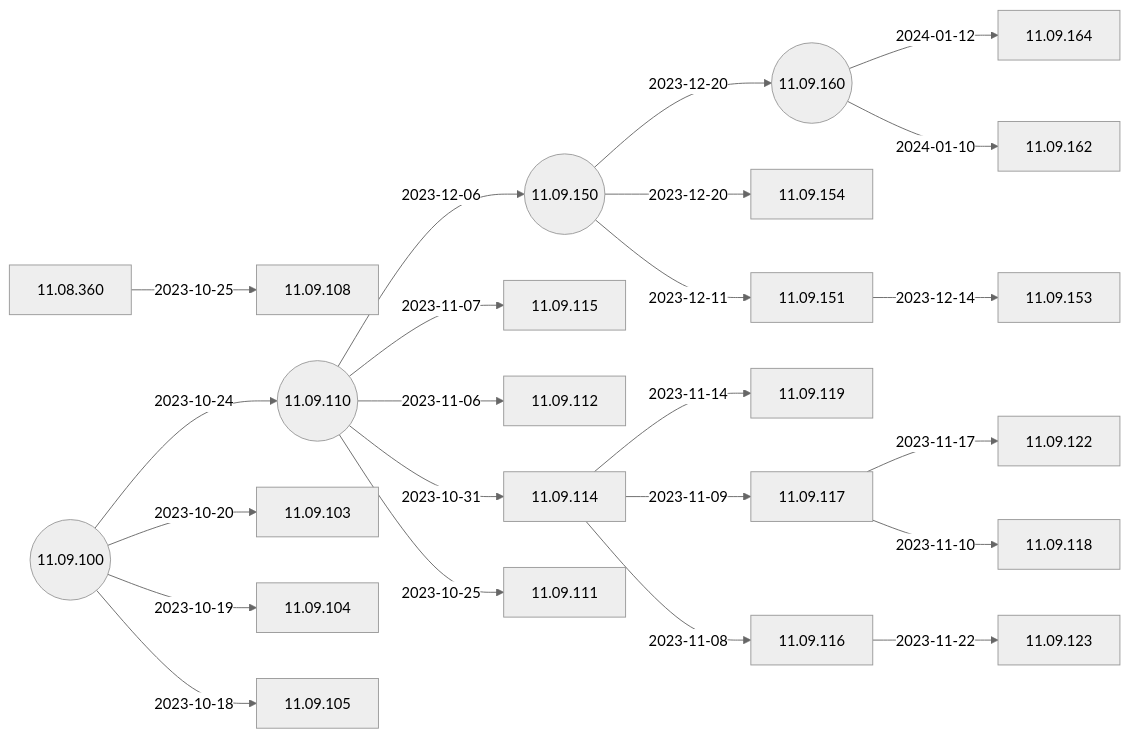
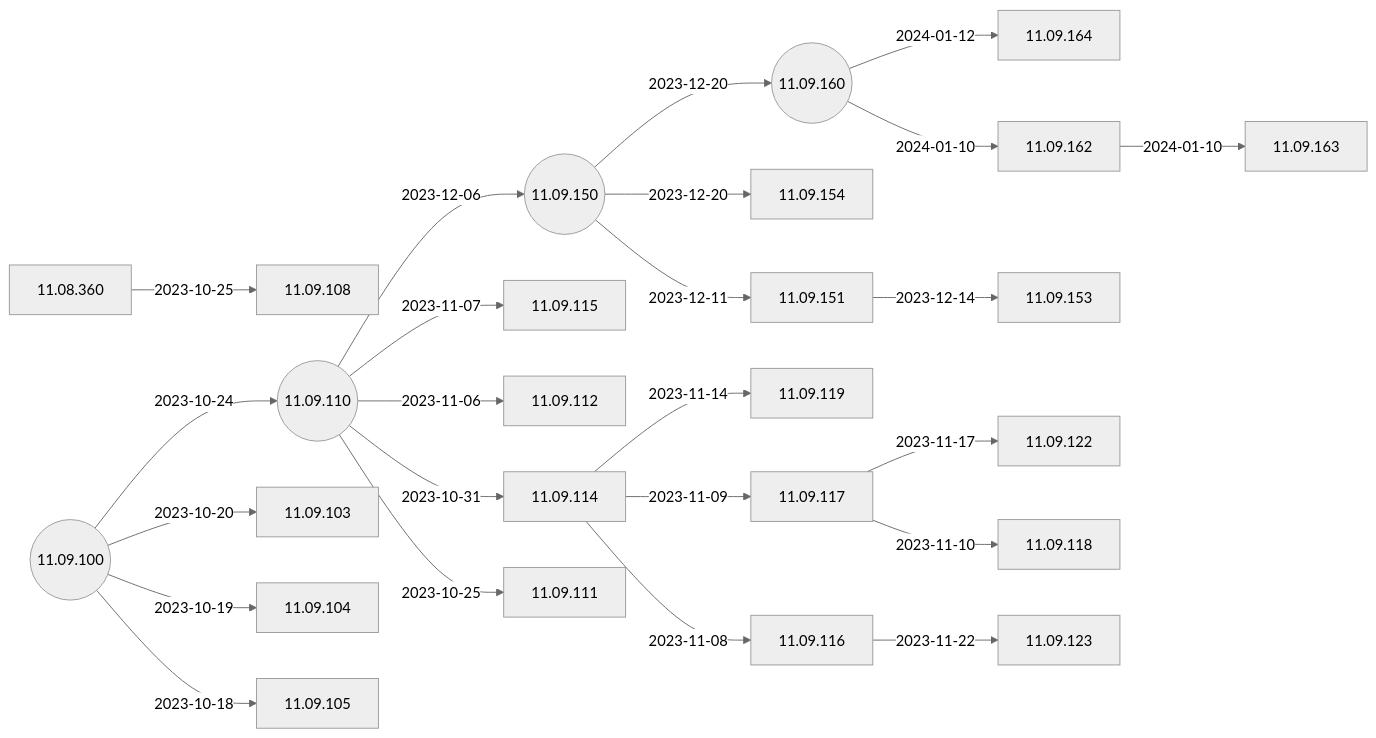
Before and after one commit to IGEL-Community/IGEL-Docs-v02: the second of 5 diagrams in docs/Docs/ReleaseNotes/01-OS11/README.md, drawn with Mermaid (neutral theme). The commit also changed 2 other files, not shown here.

Commit message:
11.09.163 < 11.09.162

````diff
--- a/docs/Docs/ReleaseNotes/01-OS11/README.md
+++ b/docs/Docs/ReleaseNotes/01-OS11/README.md
@@ -41,49 +41,51 @@
 ```mermaid
 flowchart LR
+    11.09.162-- 2024-01-10 -->11.09.163
     11.09.160-- 2024-01-12 -->11.09.164
     11.09.160-- 2024-01-10 -->11.09.162
     11.09.150-- 2023-12-20 -->11.09.160((11.09.160))
     11.09.150-- 2023-12-20 -->11.09.154
     11.09.151-- 2023-12-14 -->11.09.153
     11.09.150-- 2023-12-11 -->11.09.151
     11.09.110-- 2023-12-06 -->11.09.150((11.09.150))
     11.09.116-- 2023-11-22 -->11.09.123
     11.09.117-- 2023-11-17 -->11.09.122
     11.09.114-- 2023-11-14 -->11.09.119
     11.09.117-- 2023-11-10 -->11.09.118
     11.09.114-- 2023-11-09 -->11.09.117
     11.09.114-- 2023-11-08 -->11.09.116
     11.09.110-- 2023-11-07 -->11.09.115
     11.09.110-- 2023-11-06 -->11.09.112
     11.09.110-- 2023-10-31 -->11.09.114
     11.08.360-- 2023-10-25 -->11.09.108
     11.09.110-- 2023-10-25 -->11.09.111
     11.09.100-- 2023-10-24 -->11.09.110((11.09.110))
     11.09.100-- 2023-10-20 -->11.09.103
     11.09.100-- 2023-10-19 -->11.09.104
     11.09.100-- 2023-10-18 -->11.09.105
     11.09.100((11.09.100))
+    click 11.09.163 "https://github.com/IGEL-Community/IGEL-Docs-v02/tree/main/docs/Docs/ReleaseNotes/01-OS11/readme11.09.163.txt" _blank
     click 11.09.164 "https://github.com/IGEL-Community/IGEL-Docs-v02/tree/main/docs/Docs/ReleaseNotes/01-OS11/readme11.09.164.txt" _blank
     click 11.09.162 "https://github.com/IGEL-Community/IGEL-Docs-v02/tree/main/docs/Docs/ReleaseNotes/01-OS11/readme11.09.162.txt" _blank
     click 11.09.160 "https://github.com/IGEL-Community/IGEL-Docs-v02/tree/main/docs/Docs/ReleaseNotes/01-OS11/readme11.09.160.txt" _blank
     click 11.09.154 "https://github.com/IGEL-Community/IGEL-Docs-v02/tree/main/docs/Docs/ReleaseNotes/01-OS11/readme11.09.154.txt" _blank
     click 11.09.153 "https://github.com/IGEL-Community/IGEL-Docs-v02/tree/main/docs/Docs/ReleaseNotes/01-OS11/readme11.09.153.txt" _blank
     click 11.09.151 "https://github.com/IGEL-Community/IGEL-Docs-v02/tree/main/docs/Docs/ReleaseNotes/01-OS11/readme11.09.151.txt" _blank
     click 11.09.150 "https://github.com/IGEL-Community/IGEL-Docs-v02/tree/main/docs/Docs/ReleaseNotes/01-OS11/readme11.09.150.txt" _blank
     click 11.09.123 "https://github.com/IGEL-Community/IGEL-Docs-v02/tree/main/docs/Docs/ReleaseNotes/01-OS11/readme11.09.123.txt" _blank
     click 11.09.122 "https://github.com/IGEL-Community/IGEL-Docs-v02/tree/main/docs/Docs/ReleaseNotes/01-OS11/readme11.09.122.txt" _blank
     click 11.09.119 "https://github.com/IGEL-Community/IGEL-Docs-v02/tree/main/docs/Docs/ReleaseNotes/01-OS11/readme11.09.119.txt" _blank
     click 11.09.118 "https://github.com/IGEL-Community/IGEL-Docs-v02/tree/main/docs/Docs/ReleaseNotes/01-OS11/readme11.09.118.txt" _blank
     click 11.09.117 "https://github.com/IGEL-Community/IGEL-Docs-v02/tree/main/docs/Docs/ReleaseNotes/01-OS11/readme11.09.117.txt" _blank
     click 11.09.116 "https://github.com/IGEL-Community/IGEL-Docs-v02/tree/main/docs/Docs/ReleaseNotes/01-OS11/readme11.09.116.txt" _blank
     click 11.09.115 "https://github.com/IGEL-Community/IGEL-Docs-v02/tree/main/docs/Docs/ReleaseNotes/01-OS11/readme11.09.115.txt" _blank
     click 11.09.112 "https://github.com/IGEL-Community/IGEL-Docs-v02/tree/main/docs/Docs/ReleaseNotes/01-OS11/readme11.09.112.txt" _blank
     click 11.09.114 "https://github.com/IGEL-Community/IGEL-Docs-v02/tree/main/docs/Docs/ReleaseNotes/01-OS11/readme11.09.114.txt" _blank
     click 11.09.108 "https://github.com/IGEL-Community/IGEL-Docs-v02/tree/main/docs/Docs/ReleaseNotes/01-OS11/readme11.09.108.txt" _blank
     click 11.09.111 "https://github.com/IGEL-Community/IGEL-Docs-v02/tree/main/docs/Docs/ReleaseNotes/01-OS11/readme11.09.111.txt" _blank
     click 11.09.110 "https://github.com/IGEL-Community/IGEL-Docs-v02/tree/main/docs/Docs/ReleaseNotes/01-OS11/readme11.09.110.txt" _blank
     click 11.09.103 "https://github.com/IGEL-Community/IGEL-Docs-v02/tree/main/docs/Docs/ReleaseNotes/01-OS11/readme11.09.103.txt" _blank
     click 11.09.104 "https://github.com/IGEL-Community/IGEL-Docs-v02/tree/main/docs/Docs/ReleaseNotes/01-OS11/readme11.09.104.txt" _blank
     click 11.09.105 "https://github.com/IGEL-Community/IGEL-Docs-v02/tree/main/docs/Docs/ReleaseNotes/01-OS11/readme11.09.105.txt" _blank
     click 11.09.100 "https://github.com/IGEL-Community/IGEL-Docs-v02/tree/main/docs/Docs/ReleaseNotes/01-OS11/readme11.09.100.txt" _blank
 ```
````
